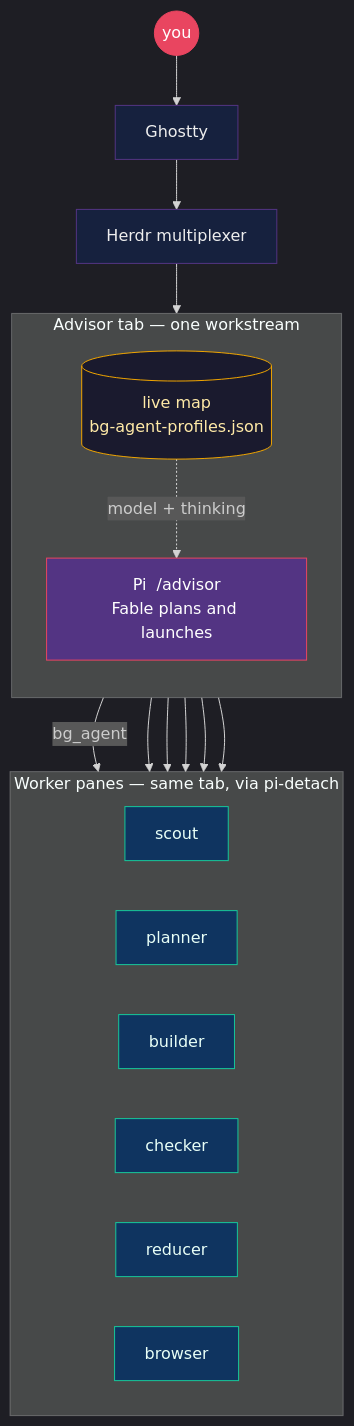
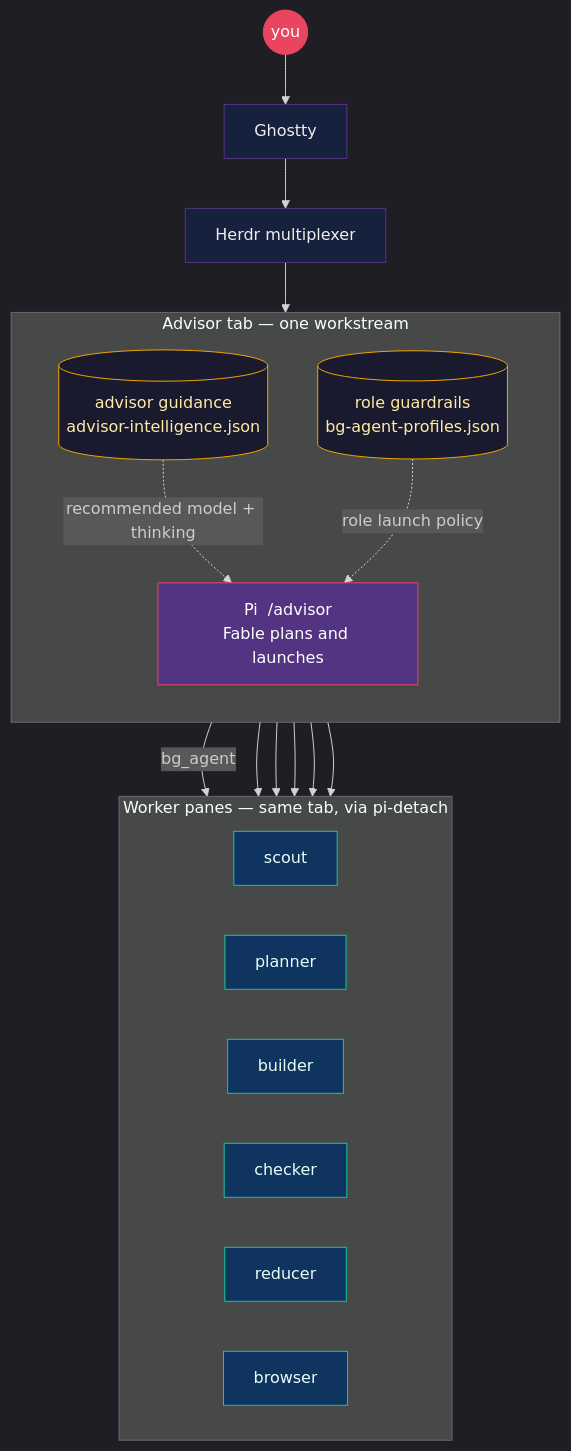
One commit to nourhelmi/pi-meta-harness changed the first of 3 diagrams in README.md. Above: the diagram before and after it, drawn with Mermaid. The commit also changed other lines of this file and 23 other files, not shown here.

Commit message:
feat(advisor): split role config from intelligence guidance

````diff
--- a/README.md
+++ b/README.md
@@ -16,49 +17,51 @@
 ```mermaid
 ---
 config:
   theme: dark
   flowchart:
     curve: basis
 ---
 flowchart TB
   You((you)) --> Ghostty[Ghostty]
   Ghostty --> Herdr[Herdr multiplexer]
 
   subgraph tab ["Advisor tab — one workstream"]
     direction TB
     Adv["Pi  /advisor\nFable plans and launches"]
-    Map[("live map\nbg-agent-profiles.json")]
-    Map -.->|model + thinking| Adv
+    Guide[("advisor guidance\nadvisor-intelligence.json")]
+    Roles[("role guardrails\nbg-agent-profiles.json")]
+    Guide -.->|recommended model + thinking| Adv
+    Roles -.->|role launch policy| Adv
   end
 
   Herdr --> Adv
 
   subgraph panes ["Worker panes — same tab, via pi-detach"]
     direction LR
     Scout[scout]
     Plan[planner]
     Build[builder]
     Check[checker]
     Reduce[reducer]
     Browser[browser]
   end
 
   Adv -->|bg_agent| Scout
   Adv --> Plan
   Adv --> Build
   Adv --> Check
   Adv --> Reduce
   Adv --> Browser
 
   classDef you fill:#e94560,stroke:#e94560,color:#fff
   classDef mux fill:#16213e,stroke:#533483,color:#eee
   classDef advisor fill:#533483,stroke:#e94560,color:#fff
   classDef map fill:#1a1a2e,stroke:#f0a500,color:#ffeaa7
   classDef worker fill:#0f3460,stroke:#16c79a,color:#e8fff7
 
   class You you
   class Ghostty,Herdr mux
   class Adv advisor
-  class Map map
+  class Guide,Roles map
   class Scout,Plan,Build,Check,Reduce,Browser worker
 ```
````
